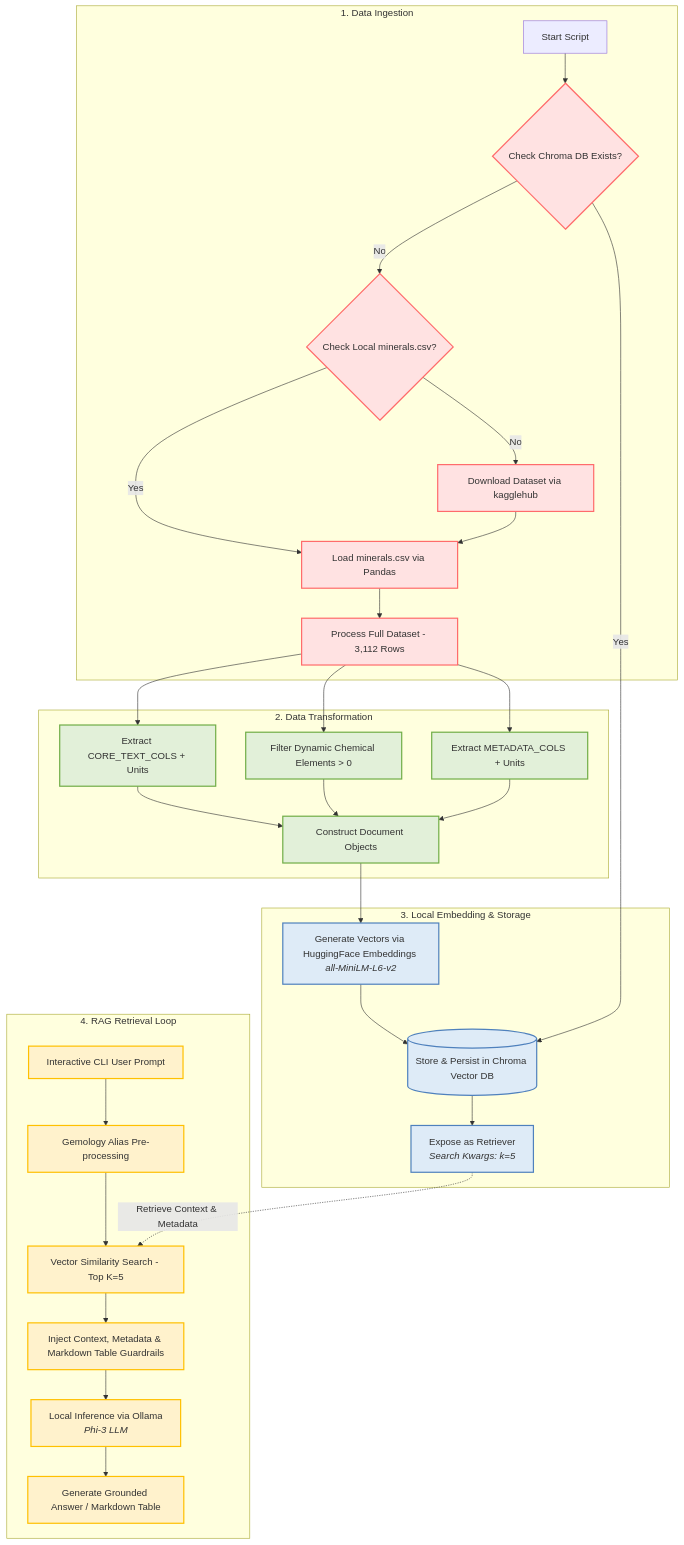
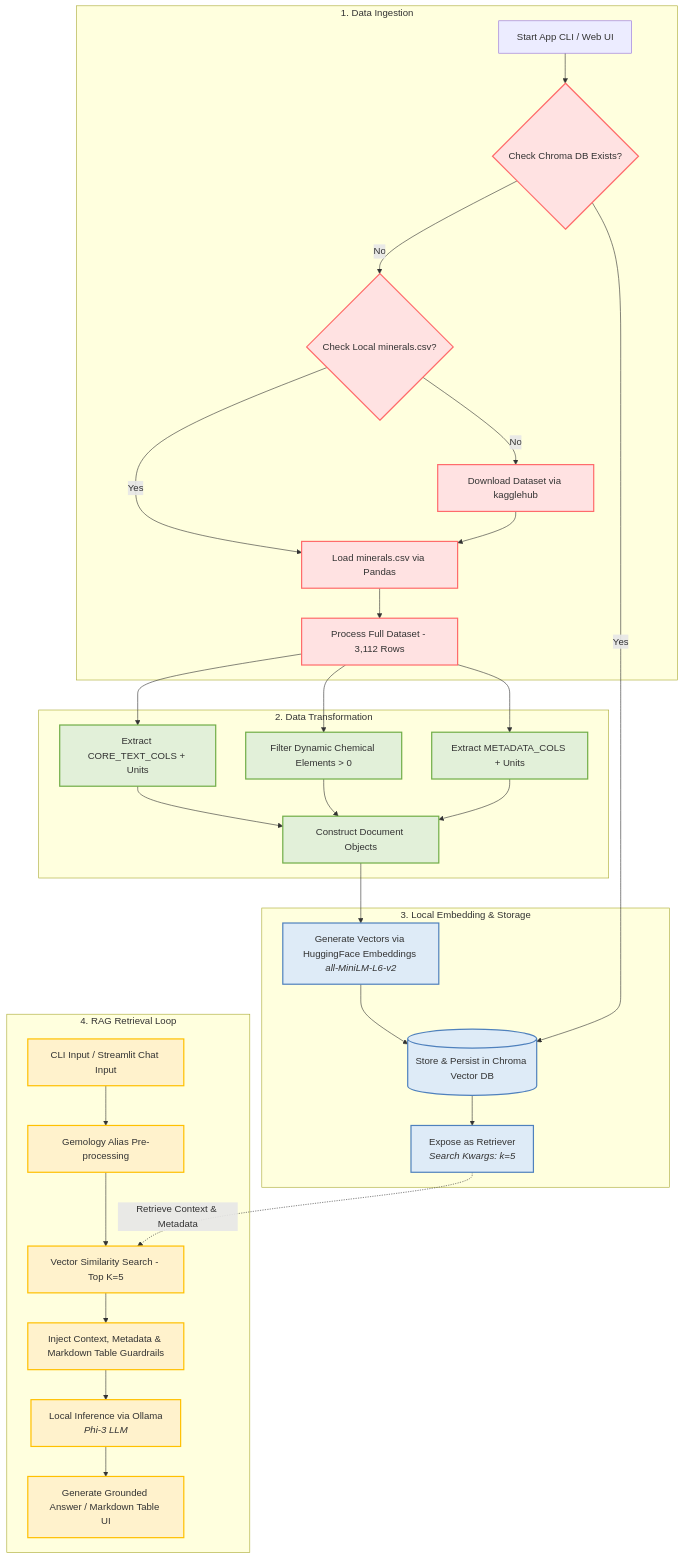
The diagram in README.md (laura-chou/mineral-rag), drawn with Mermaid before and after one commit. The commit also changed other lines of this file and 2 other files, not shown here.

Commit message:
Add app_ui.py Streamlit Web UI application and update README documentation

````diff
--- a/README.md
+++ b/README.md
@@ -45,50 +48,50 @@
 ```mermaid
 graph TD
     %% System Styles
     classDef Ingestion fill:#FFE2E2,stroke:#FF6B6B,stroke-width:2px;
     classDef Transformation fill:#E2F0D9,stroke:#70AD47,stroke-width:2px;
     classDef Storage fill:#DEEBF7,stroke:#4F81BD,stroke-width:2px;
     classDef Inference fill:#FFF2CC,stroke:#FFC000,stroke-width:2px;
 
     %% Stage 1: Data Ingestion
     subgraph S1 [1. Data Ingestion]
-        A[Start Script] --> B{Check Chroma DB Exists?}
+        A[Start App CLI / Web UI] --> B{Check Chroma DB Exists?}
         B -- No --> C{Check Local minerals.csv?}
         C -- Yes --> D[Load minerals.csv via Pandas]
         C -- No --> E[Download Dataset via kagglehub]
         E --> D
         D --> F[Process Full Dataset - 3,112 Rows]
     end
     class B,C,D,E,F Ingestion;
 
     %% Stage 2: Data Transformation
     subgraph S2 [2. Data Transformation]
         F --> G[Extract CORE_TEXT_COLS + Units]
         F --> H[Filter Dynamic Chemical Elements > 0]
         F --> I[Extract METADATA_COLS + Units]
         G --> J[Construct Document Objects]
         H --> J
         I --> J
     end
     class G,H,I,J Transformation;
 
     %% Stage 3: Local Embedding & Storage
     subgraph S3 [3. Local Embedding & Storage]
         J --> K[Generate Vectors via HuggingFace Embeddings <br><i>all-MiniLM-L6-v2</i>]
         K --> L[(Store & Persist in Chroma Vector DB)]
         B -- Yes --> L
         L --> M[Expose as Retriever <br><i>Search Kwargs: k=5</i>]
     end
     class K,L,M Storage;
 
     %% Stage 4: RAG Retrieval & Inference
     subgraph S4 [4. RAG Retrieval Loop]
-        N[Interactive CLI User Prompt] --> O[Gemology Alias Pre-processing]
+        N[CLI Input / Streamlit Chat Input] --> O[Gemology Alias Pre-processing]
         O --> P[Vector Similarity Search - Top K=5]
         M -.->|Retrieve Context & Metadata| P
         P --> Q[Inject Context, Metadata & Markdown Table Guardrails]
         Q --> R[Local Inference via Ollama <br><i>Phi-3 LLM</i>]
-        R --> S[Generate Grounded Answer / Markdown Table]
+        R --> S[Generate Grounded Answer / Markdown Table UI]
     end
     class N,O,P,Q,R,S Inference;
 ```
````
